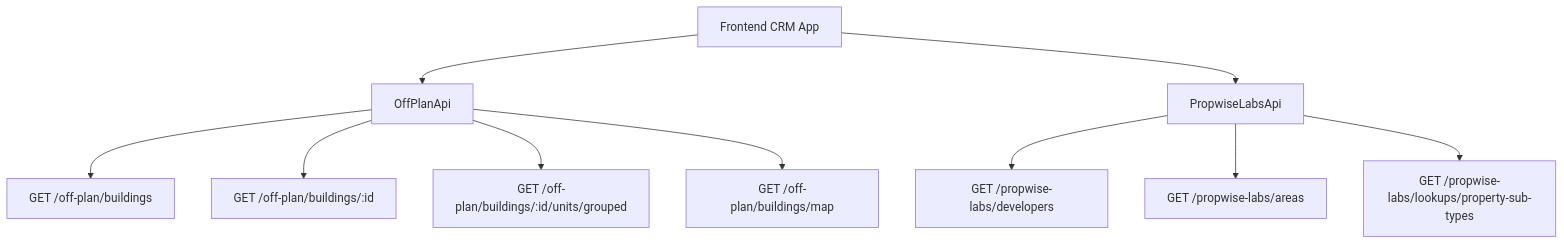
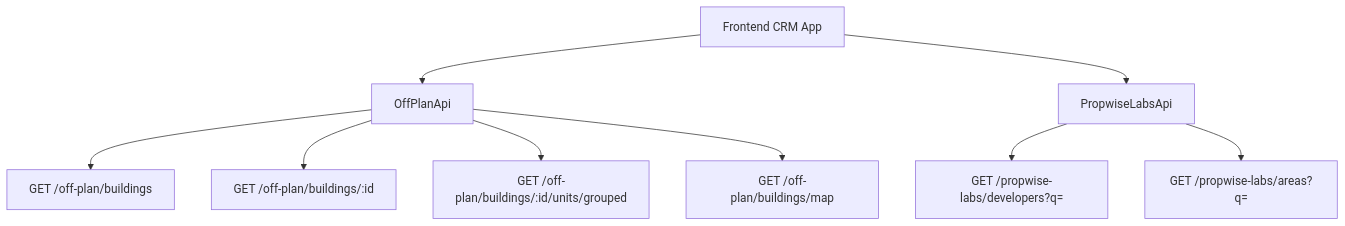
One commit to tech-propwise-org/docs changed the diagram in backend/real-estate/off-plan-directory-implementation-guide.mdx. Above: the diagram before and after it, drawn with Mermaid. The commit also changed other lines of this file and 72 other files, not shown here.

````diff
--- a/backend/real-estate/off-plan-directory-implementation-guide.mdx
+++ b/backend/real-estate/off-plan-directory-implementation-guide.mdx
@@ -40,12 +72,11 @@
 ```mermaid
 graph TD
     A[Frontend CRM App] --> B[OffPlanApi]
     B --> C[GET /off-plan/buildings]
     B --> D[GET /off-plan/buildings/:id]
     B --> E[GET /off-plan/buildings/:id/units/grouped]
     B --> F[GET /off-plan/buildings/map]
     A --> G[PropwiseLabsApi]
-    G --> H[GET /propwise-labs/developers]
-    G --> I[GET /propwise-labs/areas]
-    G --> J[GET /propwise-labs/lookups/property-sub-types]
+    G --> H[GET /propwise-labs/developers?q=]
+    G --> I[GET /propwise-labs/areas?q=]
 ```
````
